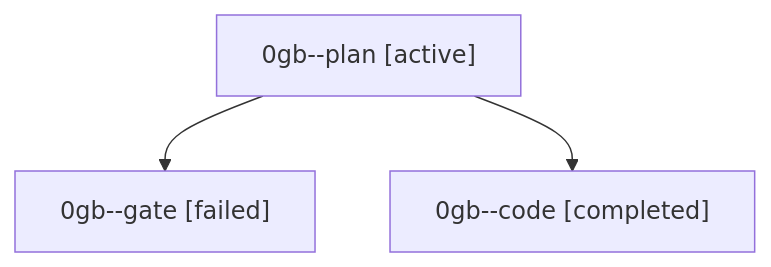
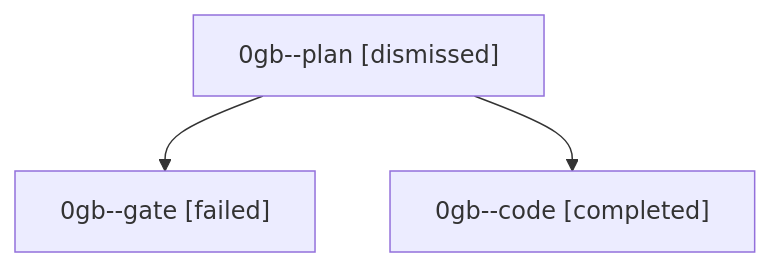
The diagram in sessions/bbugyi200.athena.0gb.md (sase-org/sase--agents), drawn with Mermaid before and after one commit. The commit also changed other lines of this file and 36 other files, not shown here.

````diff
--- a/sessions/bbugyi200.athena.0gb.md
+++ b/sessions/bbugyi200.athena.0gb.md
@@ -9,8 +9,8 @@
 ```mermaid
 flowchart TD
-  n0["0gb--plan [active]"]
+  n0["0gb--plan [dismissed]"]
   n1["0gb--gate [failed]"]
   n0 --> n1
   n2["0gb--code [completed]"]
   n0 --> n2
 ```
````
